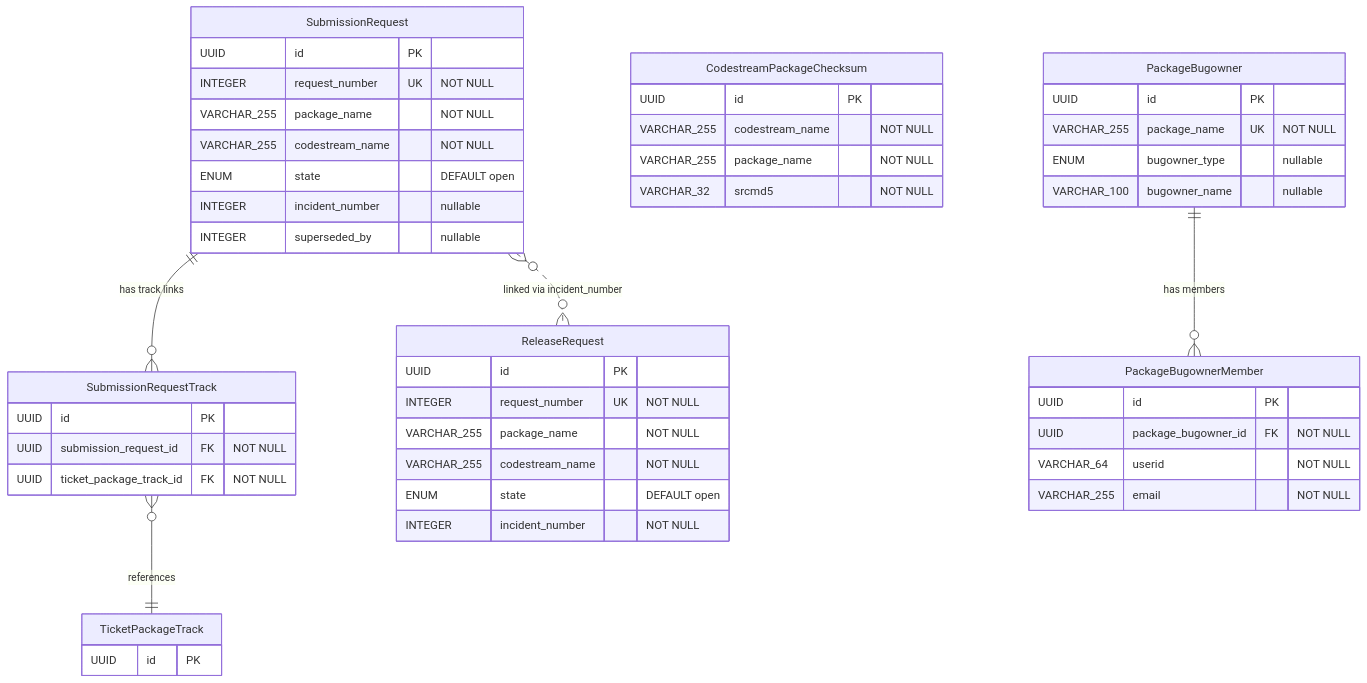
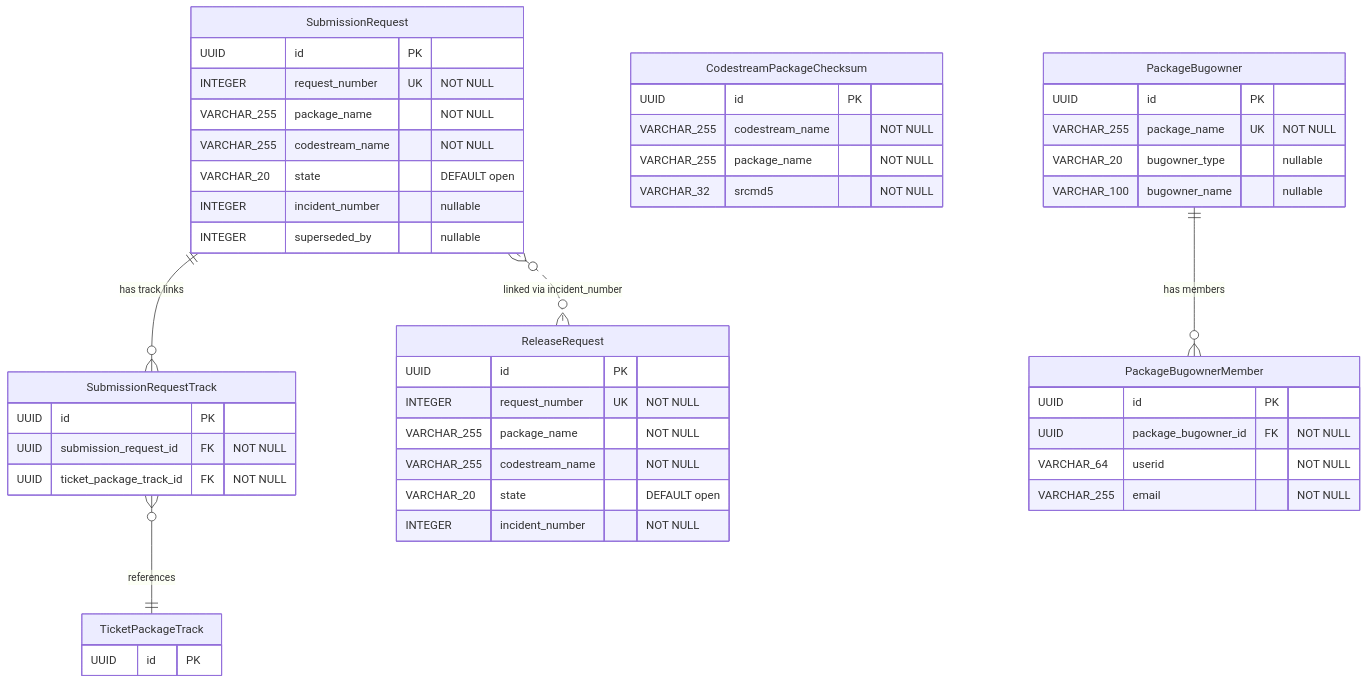
Before and after one commit to StayPirate/STAMP: the sixth of 6 diagrams in docs/data-model.md, drawn with Mermaid. The commit also changed other lines of this file and 14 other files, not shown here.

````diff
--- a/docs/data-model.md
+++ b/docs/data-model.md
@@ -369,51 +369,51 @@
 ```mermaid
 erDiagram
     SubmissionRequest {
         UUID id PK
         INTEGER request_number UK "NOT NULL"
         VARCHAR_255 package_name "NOT NULL"
         VARCHAR_255 codestream_name "NOT NULL"
-        ENUM state "DEFAULT open"
+        VARCHAR_20 state "DEFAULT open"
         INTEGER incident_number "nullable"
         INTEGER superseded_by "nullable"
     }
     SubmissionRequestTrack {
         UUID id PK
         UUID submission_request_id FK "NOT NULL"
         UUID ticket_package_track_id FK "NOT NULL"
     }
     ReleaseRequest {
         UUID id PK
         INTEGER request_number UK "NOT NULL"
         VARCHAR_255 package_name "NOT NULL"
         VARCHAR_255 codestream_name "NOT NULL"
-        ENUM state "DEFAULT open"
+        VARCHAR_20 state "DEFAULT open"
         INTEGER incident_number "NOT NULL"
     }
     CodestreamPackageChecksum {
         UUID id PK
         VARCHAR_255 codestream_name "NOT NULL"
         VARCHAR_255 package_name "NOT NULL"
         VARCHAR_32 srcmd5 "NOT NULL"
     }
     PackageBugowner {
         UUID id PK
         VARCHAR_255 package_name UK "NOT NULL"
-        ENUM bugowner_type "nullable"
+        VARCHAR_20 bugowner_type "nullable"
         VARCHAR_100 bugowner_name "nullable"
     }
     PackageBugownerMember {
         UUID id PK
         UUID package_bugowner_id FK "NOT NULL"
         VARCHAR_64 userid "NOT NULL"
         VARCHAR_255 email "NOT NULL"
     }
     TicketPackageTrack {
         UUID id PK
     }
 
     SubmissionRequest ||--o{ SubmissionRequestTrack : "has track links"
     SubmissionRequestTrack }o--|| TicketPackageTrack : "references"
     SubmissionRequest }o..o{ ReleaseRequest : "linked via incident_number"
     PackageBugowner ||--o{ PackageBugownerMember : "has members"
 ```
````
